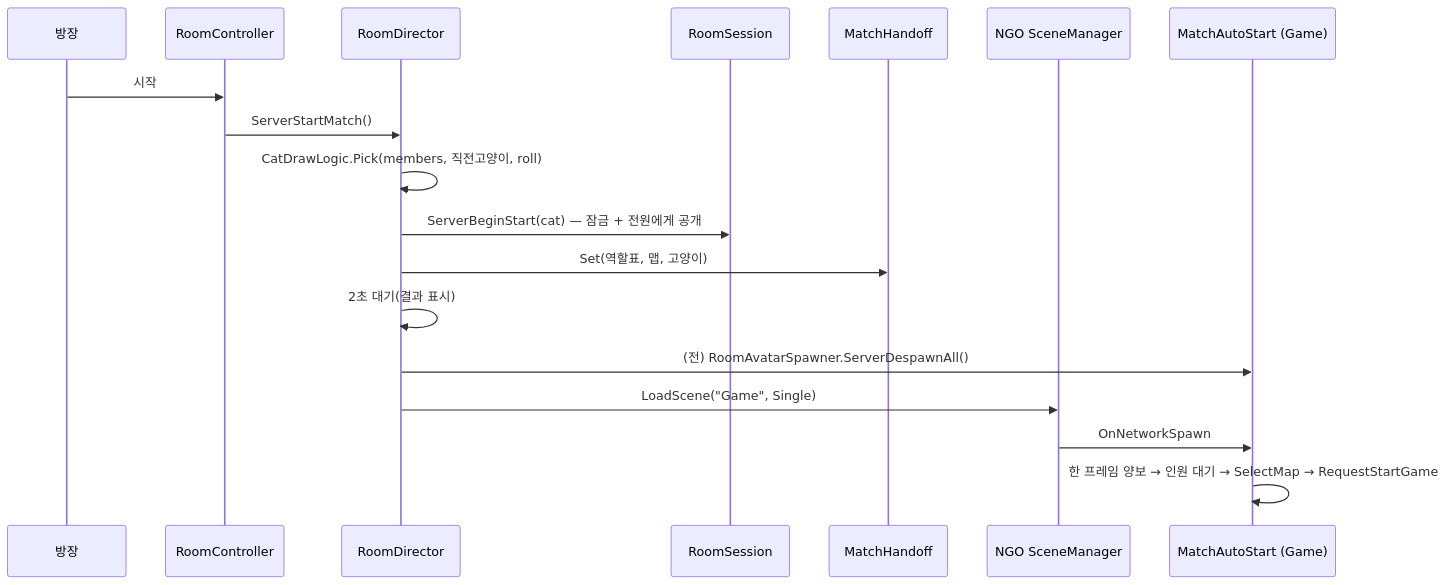
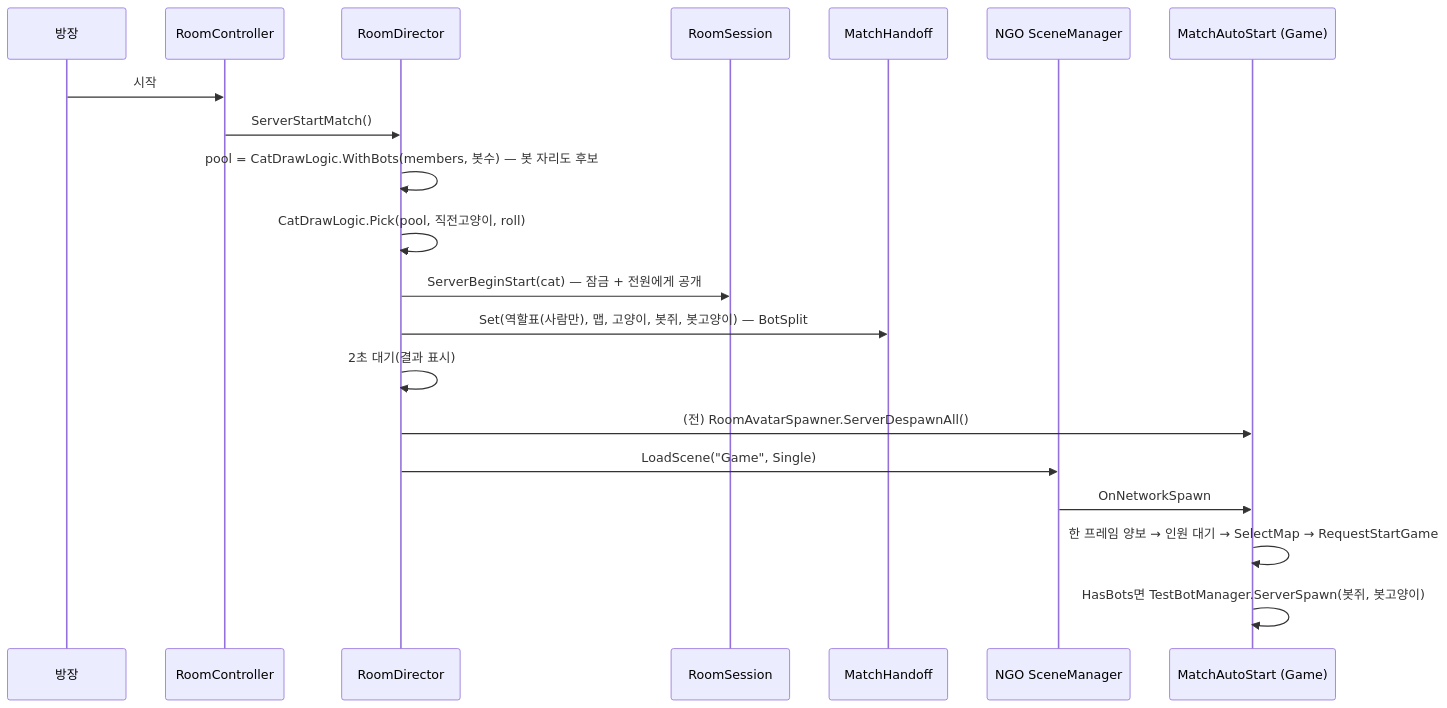
The fifth of 33 diagrams in CTC/docs/design-vault/코드 다이어그램.md (JeahanPark/The-Cheese-Thief-and-the-Cat), drawn with Mermaid before and after one commit. The commit also changed other lines of this file and 3 other files, not shown here.

````diff
--- a/CTC/docs/design-vault/코드 다이어그램.md
+++ b/CTC/docs/design-vault/코드 다이어그램.md
@@ -210,20 +211,22 @@
 ```mermaid
 sequenceDiagram
   participant U as 방장
   participant C as RoomController
   participant D as RoomDirector
   participant S as RoomSession
   participant H as MatchHandoff
   participant N as NGO SceneManager
   participant A as MatchAutoStart (Game)
   U->>C: 시작
   C->>D: ServerStartMatch()
-  D->>D: CatDrawLogic.Pick(members, 직전고양이, roll)
+  D->>D: pool = CatDrawLogic.WithBots(members, 봇수) — 봇 자리도 후보
+  D->>D: CatDrawLogic.Pick(pool, 직전고양이, roll)
   D->>S: ServerBeginStart(cat) — 잠금 + 전원에게 공개
-  D->>H: Set(역할표, 맵, 고양이)
+  D->>H: Set(역할표(사람만), 맵, 고양이, 봇쥐, 봇고양이) — BotSplit
   D->>D: 2초 대기(결과 표시)
   D->>A: (전) RoomAvatarSpawner.ServerDespawnAll()
   D->>N: LoadScene("Game", Single)
   N->>A: OnNetworkSpawn
   A->>A: 한 프레임 양보 → 인원 대기 → SelectMap → RequestStartGame
+  A->>A: HasBots면 TestBotManager.ServerSpawn(봇쥐, 봇고양이)
 ```
````
